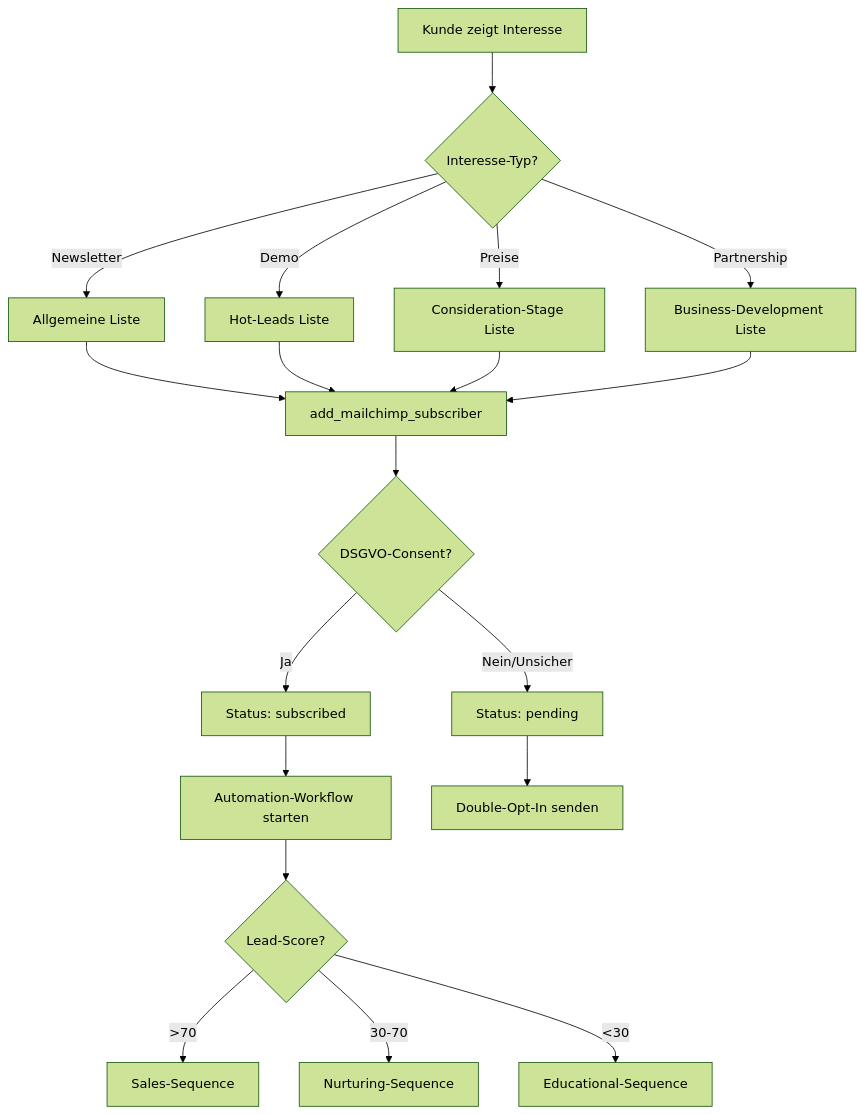
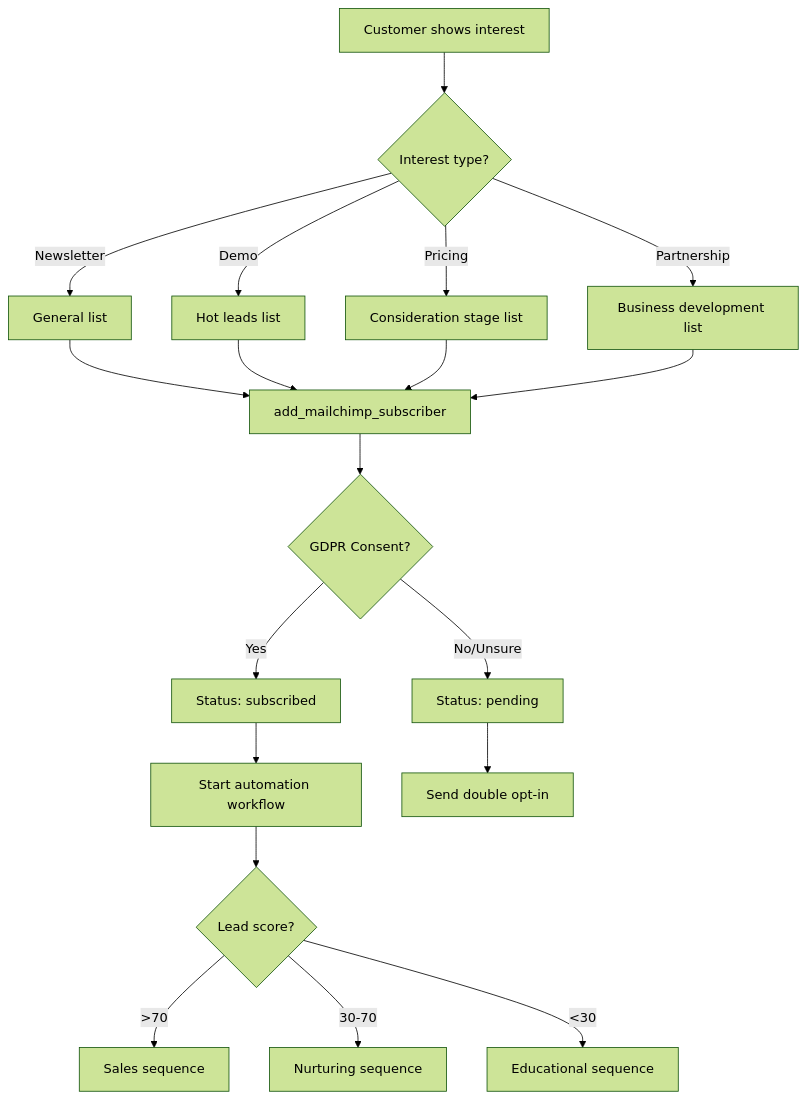
Before and after one commit to bekgroup/Famulor-docs-de: the first of 2 diagrams in en/automation-platform/mid-call-tools/integration-templates/mailchimp-integration.mdx, drawn with Mermaid (forest theme). The commit also changed other lines of this file and 7 other files, not shown here.

````diff
--- a/en/automation-platform/mid-call-tools/integration-templates/mailchimp-integration.mdx
+++ b/en/automation-platform/mid-call-tools/integration-templates/mailchimp-integration.mdx
@@ -272,25 +272,25 @@
 ```mermaid
 flowchart TD
-    A[Kunde zeigt Interesse] --> B{Interesse-Typ?}
-    B -->|Newsletter| C[Allgemeine Liste]
-    B -->|Demo| D[Hot-Leads Liste]  
-    B -->|Preise| E[Consideration-Stage Liste]
-    B -->|Partnership| F[Business-Development Liste]
+    A[Customer shows interest] --> B{Interest type?}
+    B -->|Newsletter| C[General list]
+    B -->|Demo| D[Hot leads list]  
+    B -->|Pricing| E[Consideration stage list]
+    B -->|Partnership| F[Business development list]
     
     C --> G[add_mailchimp_subscriber]
     D --> G
     E --> G
     F --> G
     
-    G --> H{DSGVO-Consent?}
-    H -->|Ja| I[Status: subscribed]
-    H -->|Nein/Unsicher| J[Status: pending]
+    G --> H{GDPR Consent?}
+    H -->|Yes| I[Status: subscribed]
+    H -->|No/Unsure| J[Status: pending]
     
-    I --> K[Automation-Workflow starten]
-    J --> L[Double-Opt-In senden]
+    I --> K[Start automation workflow]
+    J --> L[Send double opt-in]
     
-    K --> M{Lead-Score?}
-    M -->|>70| N[Sales-Sequence]
-    M -->|30-70| O[Nurturing-Sequence]
-    M -->|<30| P[Educational-Sequence]
+    K --> M{Lead score?}
+    M -->|>70| N[Sales sequence]
+    M -->|30-70| O[Nurturing sequence]
+    M -->|<30| P[Educational sequence]
 ```
````
